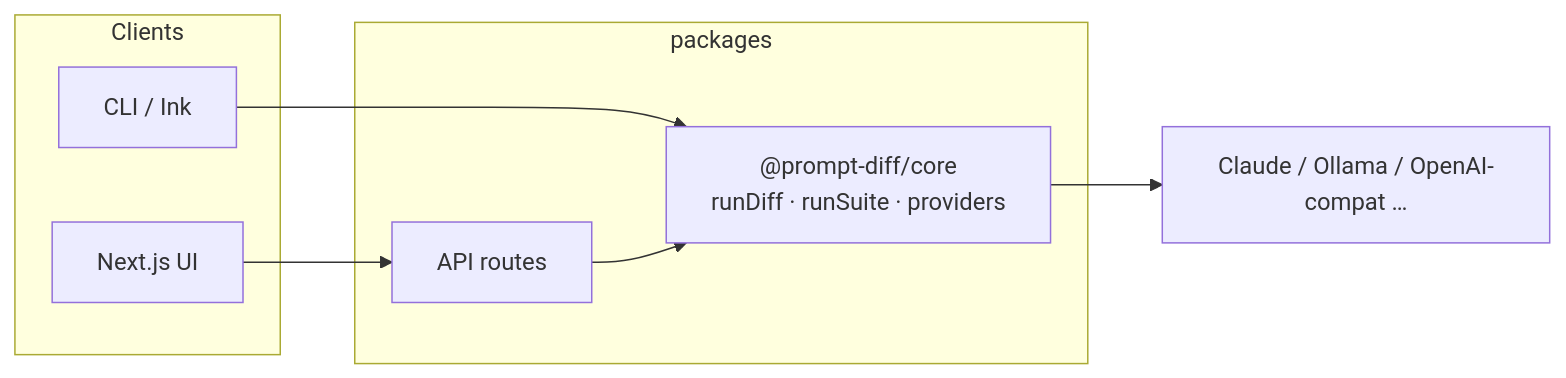
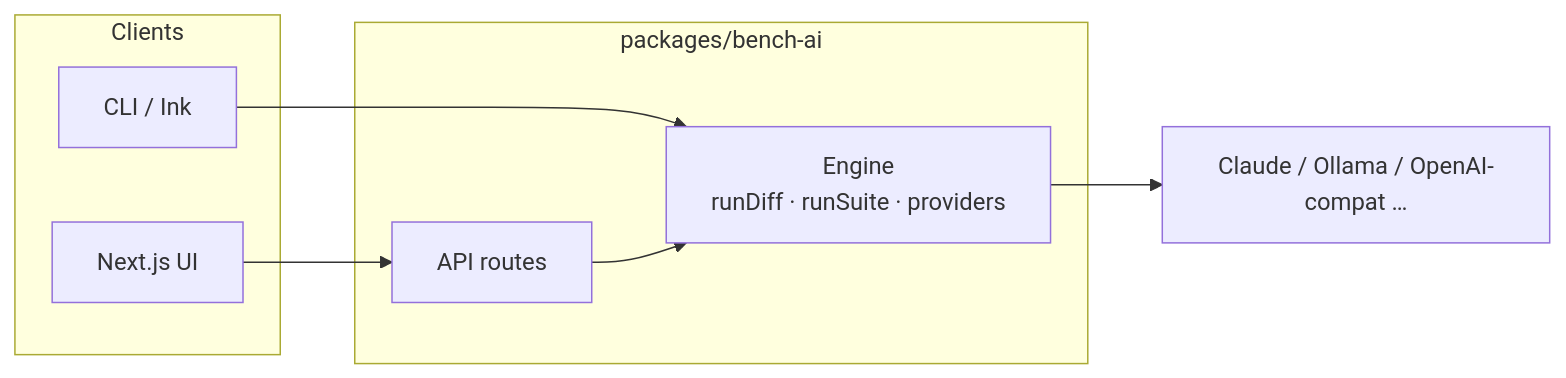
One commit to darkrishabh/llm-diff changed the diagram in README.md. Above: the diagram before and after it, drawn with Mermaid. The commit also changed other lines of this file and 106 other files, not shown here.

First line of the commit message:
Unify as bench-ai: single package, CLI web command, branding

````diff
--- a/README.md
+++ b/README.md
@@ -260,17 +274,17 @@
 ```mermaid
 flowchart LR
   subgraph clients [Clients]
     CLI[CLI / Ink]
     WEB[Next.js UI]
   end
 
-  subgraph pkg [packages]
-    CORE["@prompt-diff/core\nrunDiff · runSuite · providers"]
+  subgraph pkg [packages/bench-ai]
+    ENG["Engine\nrunDiff · runSuite · providers"]
     API[API routes]
   end
 
-  CLI --> CORE
+  CLI --> ENG
   WEB --> API
-  API --> CORE
-  CORE --> P1[Claude / Ollama / OpenAI-compat …]
+  API --> ENG
+  ENG --> P1[Claude / Ollama / OpenAI-compat …]
 ```
````
